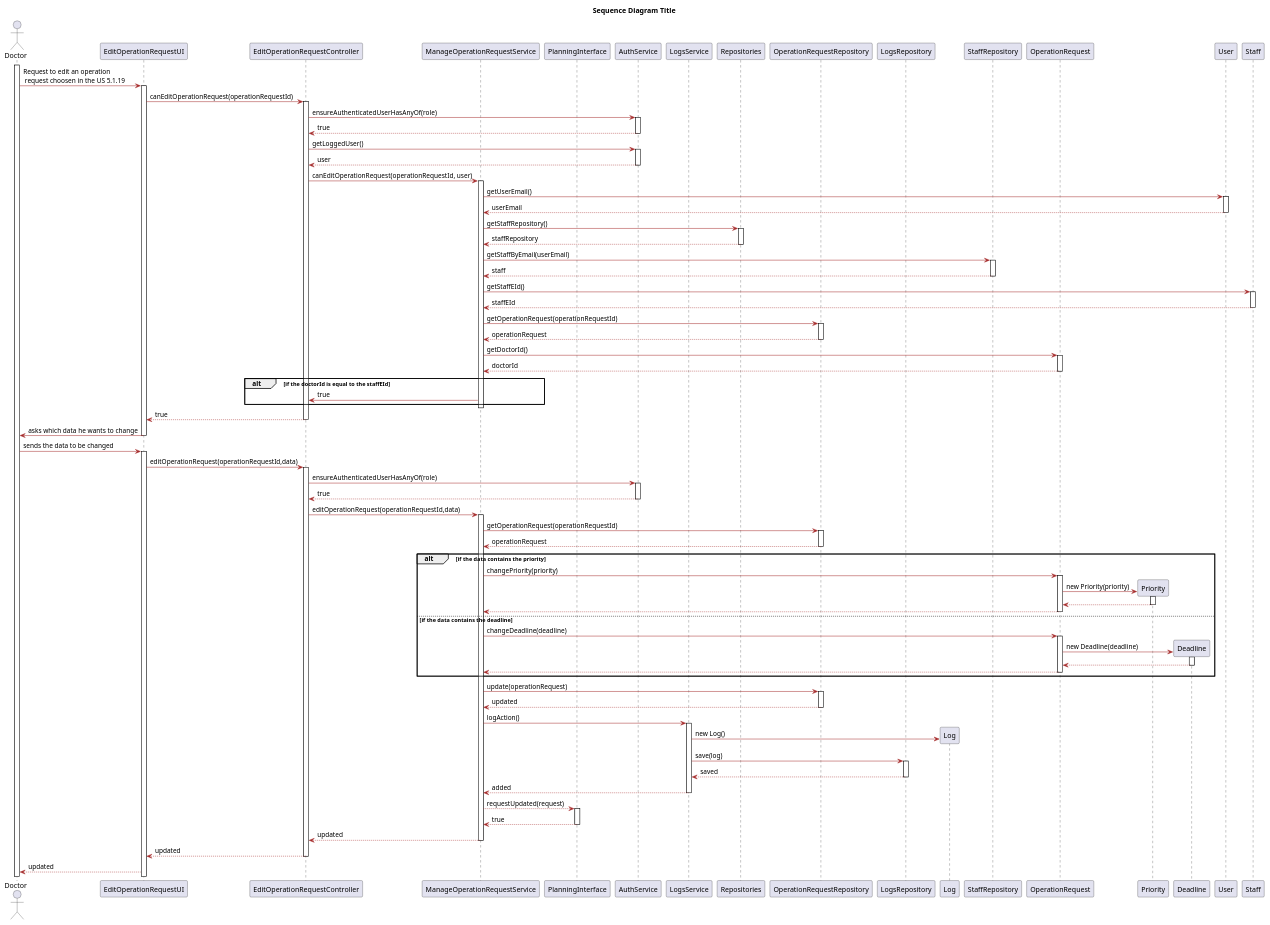
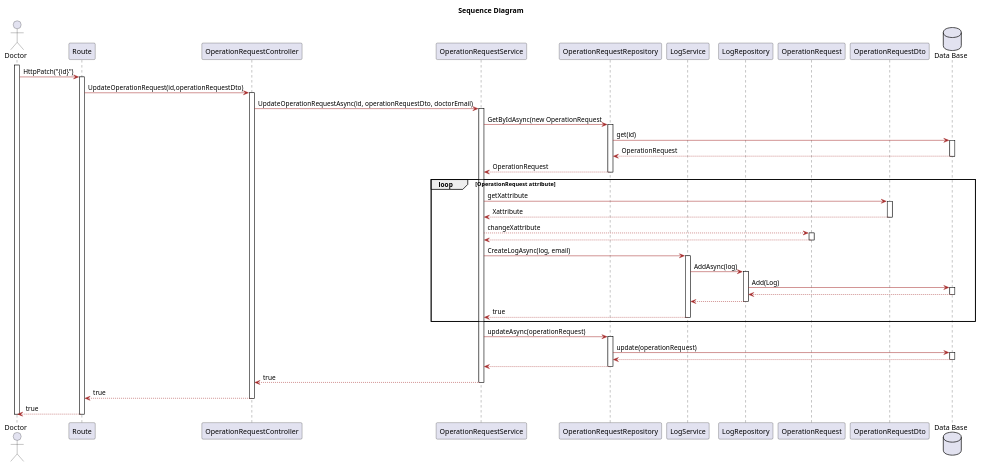
Before and after one commit to LAPR5-043/sem_5_24_25_043: the diagram in Docs/Sprint1/UserStories/LAPR5/us5117/design/puml/sequence-diagram.puml, drawn with PlantUML. The commit also changed 2 other files, not shown here.

Commit message:
#20 User story documentation update

```diff
--- a/Docs/Sprint1/UserStories/LAPR5/us5117/design/puml/sequence-diagram.puml
+++ b/Docs/Sprint1/UserStories/LAPR5/us5117/design/puml/sequence-diagram.puml
@@ -1,163 +1,118 @@
 @startuml
-title Sequence Diagram Title
+title Sequence Diagram
 skinparam classAttributeIconSize 0
 
 skinparam class {
     LifeLineBorderColor DodgerBlue
     LifeLineBackgroundColor APPLICATION
     BackgroundColor LemonChiffon
     ArrowColor Brown
     BorderColor SaddleBrown
 }
 
 skinparam packageStyle rectangle
 
 skinparam card {
     LifeLineBorderColor DodgerBlue
     LifeLineBackgroundColor APPLICATION
     BackgroundColor LemonChiffon
     ArrowColor Brown
     BorderColor SaddleBrown
 }
 
 actor Doctor
-participant "EditOperationRequestUI" as UI
-participant "EditOperationRequestController" as Controller
-participant "ManageOperationRequestService" as staffS
-participant "PlanningInterface" as planning
-participant "AuthService" as auth
-participant "LogsService" as logs
-participant "Repositories" as Repositories
-participant "OperationRequestRepository" as operationRR
-participant "LogsRepository" as logsR
-participant "Log" as log
-participant "StaffRepository" as staffR
-participant "OperationRequest" as operationR
-participant "Priority" as priority
-participant "Deadline" as deadline
-participant "User" as user
-participant "Staff" as staff
+participant "Route" as UI
+participant "OperationRequestController" as Controller
+participant "OperationRequestService" as OperationRequestServ
+participant "OperationRequestRepository" as OperationRequestRepo
+participant "LogService" as LogServ
+participant "LogRepository" as LogRepo
+participant "OperationRequest" as OperationRequest
+participant "OperationRequestDto" as OperationRequestDto
+database "Data Base" as db 
 
 
 
 activate Doctor
-Doctor -> UI: Request to edit an operation\n request choosen in the US 5.1.19
+
+Doctor-> UI: HttpPatch("{id}")  
 activate UI
-UI -> Controller: canEditOperationRequest(operationRequestId)
-activate Controller
-Controller -> auth: ensureAuthenticatedUserHasAnyOf(role)
-activate auth
-auth --> Controller:  true
-deactivate auth
-Controller -> auth: getLoggedUser()
-activate auth
-auth --> Controller: user
-deactivate auth
-Controller -> staffS: canEditOperationRequest(operationRequestId, user)
-activate staffS
-staffS -> user: getUserEmail()
-activate user
-user --> staffS: userEmail
-deactivate user
+UI -> Controller :UpdateOperationRequest(id,operationRequestDto)
+activate Controller 
+Controller-> OperationRequestServ : UpdateOperationRequestAsync(id, operationRequestDto, doctorEmail)
 
-staffS -> Repositories: getStaffRepository()
-activate Repositories
-Repositories --> staffS: staffRepository
-deactivate Repositories
-staffS -> staffR: getStaffByEmail(userEmail)
-activate staffR
-staffR --> staffS: staff
-deactivate staffR
-staffS -> staff: getStaffEId()
-activate staff
-staff --> staffS: staffEId
-deactivate staff
-staffS -> operationRR: getOperationRequest(operationRequestId)
-activate operationRR
-operationRR --> staffS: operationRequest
-deactivate operationRR
-staffS -> operationR: getDoctorId()
-activate operationR
-operationR --> staffS: doctorId
-deactivate operationR
-alt if the doctorId is equal to the staffEId
-staffS -> Controller: true
+activate OperationRequestServ
+OperationRequestServ -> OperationRequestRepo : GetByIdAsync(new OperationRequest
+activate OperationRequestRepo
+OperationRequestRepo -> db : get(id)
+activate db
+db --> OperationRequestRepo: OperationRequest
+
+deactivate db
+OperationRequestRepo --> OperationRequestServ : OperationRequest
+
+deactivate OperationRequestRepo
+loop OperationRequest attribute
+OperationRequestServ-> OperationRequestDto : getXattribute
+activate OperationRequestDto
+
+OperationRequestDto--> OperationRequestServ: Xattribute
+deactivate OperationRequestDto
+
+OperationRequestServ--> OperationRequest: changeXattribute
+activate  OperationRequest
+OperationRequest --> OperationRequestServ 
+deactivate OperationRequest
+
+OperationRequestServ -> LogServ : CreateLogAsync(log, email)
+activate LogServ
+LogServ -> LogRepo : AddAsync(log)
+activate LogRepo 
+LogRepo -> db: Add(Log)
+activate db
+db --> LogRepo 
+deactivate db
+LogRepo --> LogServ
+deactivate LogRepo
+LogServ --> OperationRequestServ: true
+deactivate LogServ
 end
-deactivate staffS
-Controller --> UI: true
-deactivate Controller
-UI -> Doctor: asks which data he wants to change
+
+OperationRequestServ -> OperationRequestRepo: updateAsync(operationRequest)
+activate OperationRequestRepo
+OperationRequestRepo -> db : update(operationRequest) 
+activate db 
+db --> OperationRequestRepo
+deactivate db
+OperationRequestRepo --> OperationRequestServ
+deactivate OperationRequestRepo
+OperationRequestServ --> Controller : true 
+
+deactivate OperationRequestServ
+
+Controller --> UI : true
+deactivate Controller 
+UI --> Doctor : true 
 deactivate UI
-Doctor -> UI: sends the data to be changed
-activate UI
-UI -> Controller: editOperationRequest(operationRequestId,data)
-activate Controller
-Controller -> auth: ensureAuthenticatedUserHasAnyOf(role)
-activate auth
-auth --> Controller:  true
-deactivate auth
-Controller -> staffS: editOperationRequest(operationRequestId,data)
-activate staffS
-staffS -> operationRR: getOperationRequest(operationRequestId)
-activate operationRR
-operationRR --> staffS: operationRequest
-deactivate operationRR
-alt if the data contains the priority
-staffS -> operationR: changePriority(priority)
-activate operationR
-operationR -> priority**: new Priority(priority)
-activate priority
-priority --> operationR 
-deactivate priority
-operationR --> staffS
-deactivate operationR
 
 
-else if the data contains the deadline
 
-staffS -> operationR: changeDeadline(deadline)
-activate operationR
-operationR -> deadline**: new Deadline(deadline)
-activate deadline
-deadline --> operationR 
-deactivate deadline
-operationR --> staffS
-deactivate operationR
+deactivate Doctor
 
-end 
 
-staffS -> operationRR: update(operationRequest)
-activate operationRR
-operationRR --> staffS: updated
-deactivate operationRR
-staffS -> logs : logAction()
-activate logs
-logs -> log** : new Log()
-logs -> logsR : save(log)
-activate logsR 
-logsR --> logs : saved
-deactivate logsR
-logs --> staffS : added
-deactivate logs
-staffS --> planning : requestUpdated(request)
-activate planning 
-planning --> staffS : true
-deactivate planning 
-staffS --> Controller: updated
-deactivate staffS
-Controller --> UI: updated
-deactivate Controller
-UI --> Doctor: updated
+
+
+
 
 
 
 
 
 
 
 
 
 
 
 
 @enduml
```
